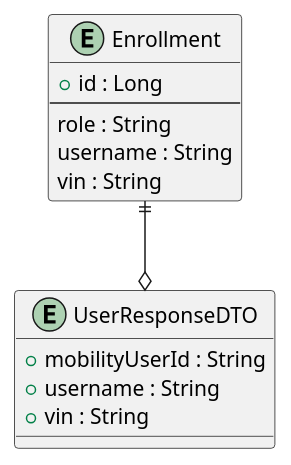
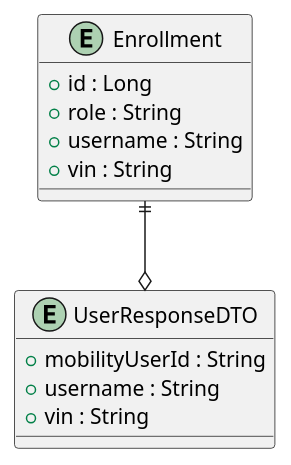
One commit to Dinesh-s95/AutoDoc.ai changed the sixth of 6 diagrams in enrollment/documentation/detaileddesign.adoc. Above: the diagram before and after it, drawn with PlantUML. The commit also changed other lines of this file and 16 other files, not shown here.

```diff
--- a/enrollment/documentation/detaileddesign.adoc
+++ b/enrollment/documentation/detaileddesign.adoc
@@ -157,18 +159,17 @@
 [plantuml, er-diagram]
 ----
 entity Enrollment {
   + id : Long
-  --
-  role : String
-  username : String
-  vin : String
+  + role : String
+  + username : String
+  + vin : String
 }
 
 entity UserResponseDTO {
   + mobilityUserId : String
   + username : String
   + vin : String
 }
 
 Enrollment ||--o UserResponseDTO
 ----
```
